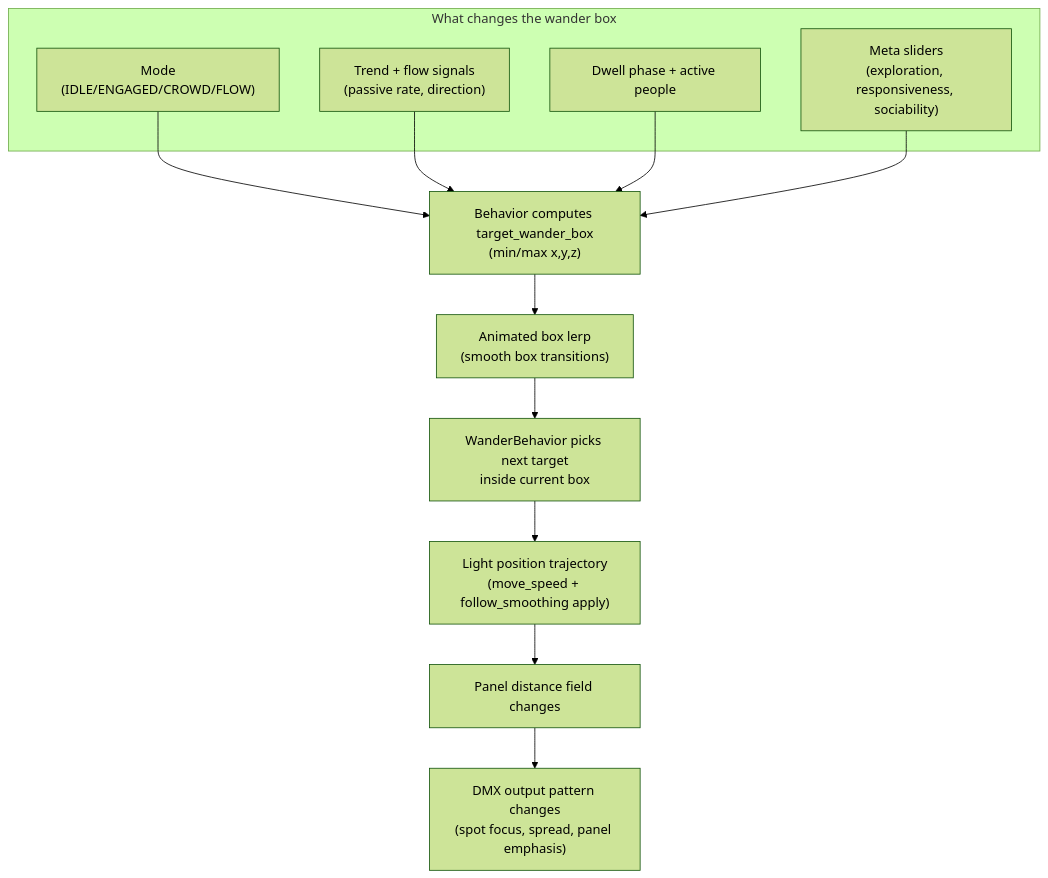
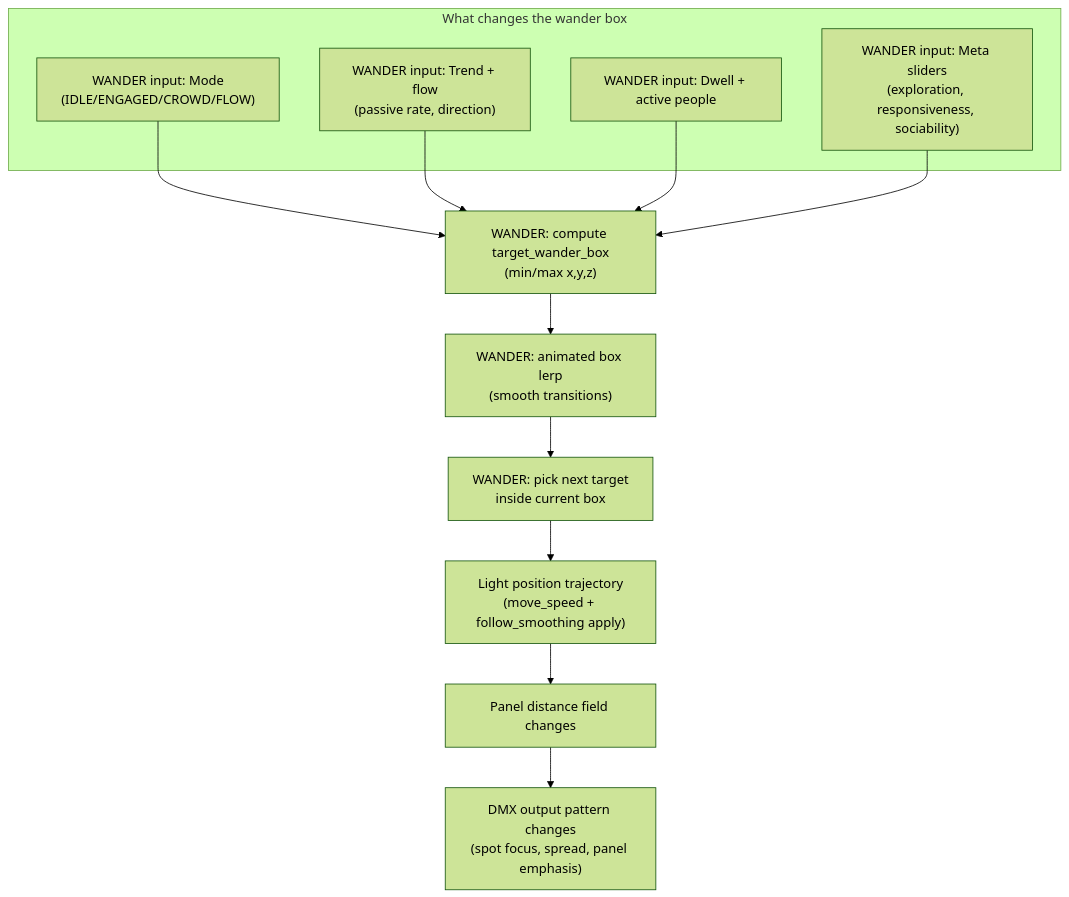
Before and after one commit to npuckett/dc-dev: the ninth of 14 diagrams in IO/CAMERA_TO_DMX_DIAGRAMS.md, drawn with Mermaid (forest theme). The commit also changed other lines of this file and 1 other file, not shown here.

Commit message:
wander update

````diff
--- a/IO/CAMERA_TO_DMX_DIAGRAMS.md
+++ b/IO/CAMERA_TO_DMX_DIAGRAMS.md
@@ -248,20 +253,20 @@
 ```mermaid
 flowchart TB
     subgraph IN["What changes the wander box"]
-        M["Mode\n(IDLE/ENGAGED/CROWD/FLOW)"]
-        T["Trend + flow signals\n(passive rate, direction)"]
-        D["Dwell phase + active people"]
-        P["Meta sliders\n(exploration, responsiveness, sociability)"]
+        M["WANDER input: Mode\n(IDLE/ENGAGED/CROWD/FLOW)"]
+        T["WANDER input: Trend + flow\n(passive rate, direction)"]
+        D["WANDER input: Dwell + active people"]
+        P["WANDER input: Meta sliders\n(exploration, responsiveness, sociability)"]
     end
 
     M --> WB1
     T --> WB1
     D --> WB1
     P --> WB1
 
-    WB1["Behavior computes target_wander_box\n(min/max x,y,z)"] --> WB2["Animated box lerp\n(smooth box transitions)"]
-    WB2 --> WB3["WanderBehavior picks next target\ninside current box"]
+    WB1["WANDER: compute target_wander_box\n(min/max x,y,z)"] --> WB2["WANDER: animated box lerp\n(smooth transitions)"]
+    WB2 --> WB3["WANDER: pick next target\ninside current box"]
     WB3 --> POS["Light position trajectory\n(move_speed + follow_smoothing apply)"]
     POS --> DIST["Panel distance field changes"]
     DIST --> DMX["DMX output pattern changes\n(spot focus, spread, panel emphasis)"]
 ```
````
